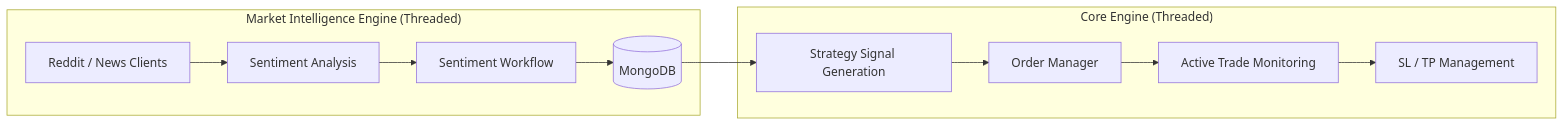
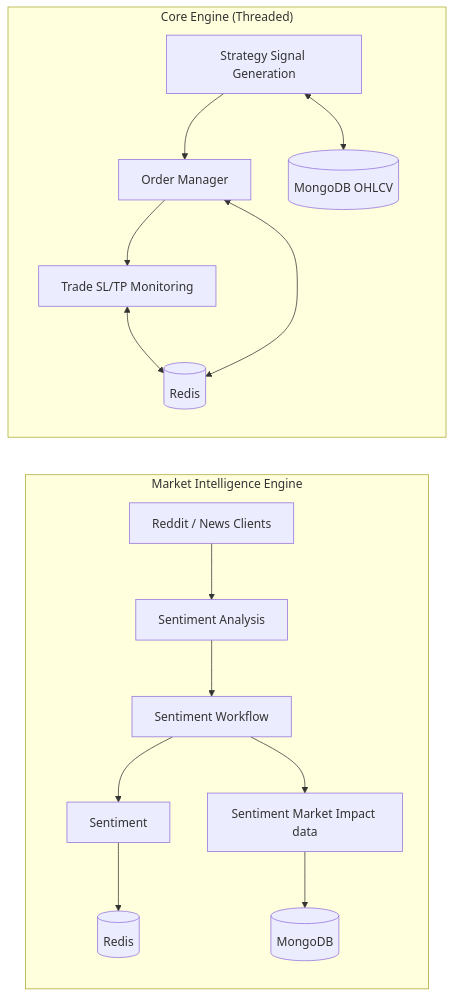
The diagram in README.md (B-Lens/Orbit), drawn with Mermaid before and after one commit.

Commit message:
Project RunTime Flow

````diff
--- a/README.md
+++ b/README.md
@@ -20,23 +20,30 @@
 ```mermaid
 flowchart LR
 
-    subgraph AI["Market Intelligence Engine (Threaded)"]
+    subgraph AI["Market Intelligence Engine"]
         A1[Reddit / News Clients]
         A2[Sentiment Analysis]
         A3[Sentiment Workflow]
-        A4[(MongoDB)]
-        A1 --> A2 --> A3 --> A4
+        A4[Sentiment]
+        A5[Sentiment Market Impact data]
+        A6[(MongoDB)]
+        A7[(Redis)]
+        A1 --> A2 --> A3 --> A4 --> A7
+        A3 --> A5 --> A6
     end
 
     subgraph CORE["Core Engine (Threaded)"]
         C1[Strategy Signal Generation]
         C2[Order Manager]
-        C3[Active Trade Monitoring]
-        C4[SL / TP Management]
+        C3[Trade SL/TP Monitoring]
+        C4[(MongoDB OHLCV)]
+        C5[(Redis)]
         C1 --> C2
         C2 --> C3
-        C3 --> C4
+        C3 <--> C5
+        C2 <--> C5
+        C1 <--> C4
+
     end
 
-    A4 --> C1
 ```
````
